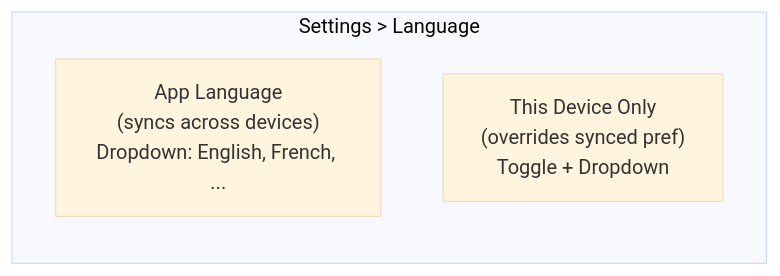
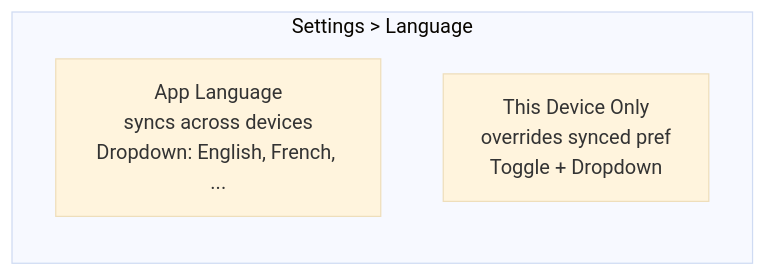
One commit to crs48/xNet changed the second of 2 diagrams in docs/planStep04_1_i18n/06-locale-detection.md. Above: the diagram before and after it, drawn with Mermaid (base theme). The commit also changed 21 other files, not shown here.

First line of the commit message:
Fix Mermaid parse errors: remove parentheses in flowchart node labels after <br/> tags

````diff
--- a/docs/planStep04_1_i18n/06-locale-detection.md
+++ b/docs/planStep04_1_i18n/06-locale-detection.md
@@ -29,7 +29,7 @@
 ```mermaid
 flowchart LR
     subgraph "Settings > Language"
-        GLOBAL["App Language<br/>(syncs across devices)<br/>Dropdown: English, French, ..."]
-        DEVICE["This Device Only<br/>(overrides synced pref)<br/>Toggle + Dropdown"]
+        GLOBAL["App Language<br/>syncs across devices<br/>Dropdown: English, French, ..."]
+        DEVICE["This Device Only<br/>overrides synced pref<br/>Toggle + Dropdown"]
     end
 ```
````
